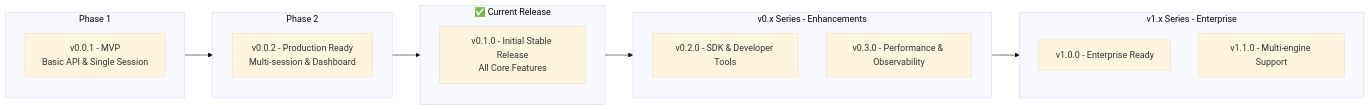
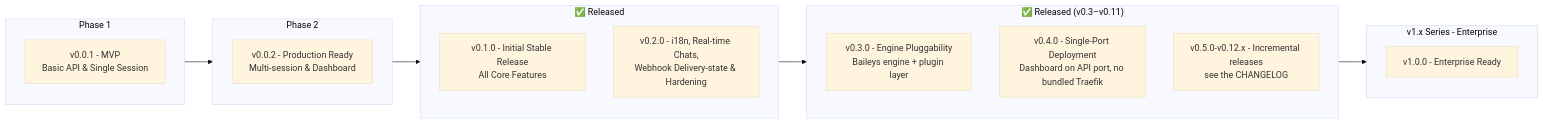
The sixth of 7 diagrams in ventiq_admin_app/docs_wapi/15-project-roadmap.md (Carnaval-Team/VentIQ-seller-App), drawn with Mermaid (base theme) before and after one commit. The commit also changed other lines of this file and 39 other files, not shown here.

````diff
--- a/ventiq_admin_app/docs_wapi/15-project-roadmap.md
+++ b/ventiq_admin_app/docs_wapi/15-project-roadmap.md
@@ -455,26 +513,27 @@
 ```mermaid
 flowchart LR
     subgraph Phase1["Phase 1"]
         V001[v0.0.1 - MVP<br/>Basic API & Single Session]
     end
 
     subgraph Phase2["Phase 2"]
         V002[v0.0.2 - Production Ready<br/>Multi-session & Dashboard]
     end
 
-    subgraph Current["✅ Current Release"]
+    subgraph Stable["✅ Released"]
         V010[v0.1.0 - Initial Stable Release<br/>All Core Features]
+        V020[v0.2.0 - i18n, Real-time Chats,<br/>Webhook Delivery-state & Hardening]
     end
 
-    subgraph v0.x["v0.x Series - Enhancements"]
-        V020[v0.2.0 - SDK & Developer Tools]
-        V030[v0.3.0 - Performance & Observability]
+    subgraph v0.x["✅ Released (v0.3–v0.11)"]
+        V030[v0.3.0 - Engine Pluggability<br/>Baileys engine + plugin layer]
+        V040[v0.4.0 - Single-Port Deployment<br/>Dashboard on API port, no bundled Traefik]
+        V011[v0.5.0-v0.12.x - Incremental releases<br/>see the CHANGELOG]
     end
 
     subgraph v1.x["v1.x Series - Enterprise"]
         V10[v1.0.0 - Enterprise Ready]
-        V11[v1.1.0 - Multi-engine Support]
     end
 
-    Phase1 --> Phase2 --> Current --> v0.x --> v1.x
+    Phase1 --> Phase2 --> Stable --> v0.x --> v1.x
 ```
````
